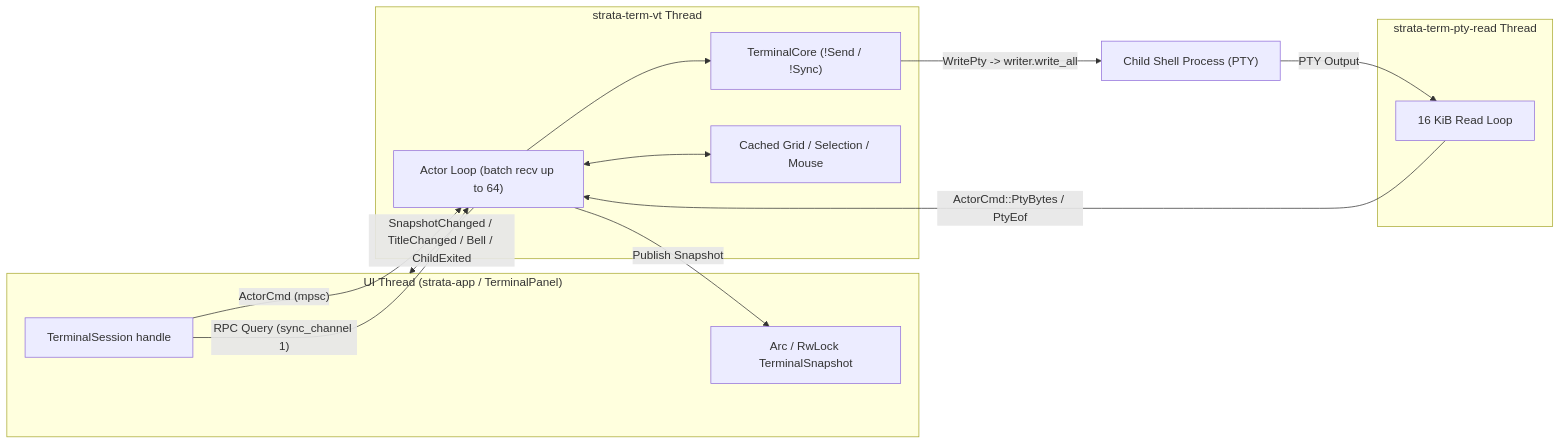
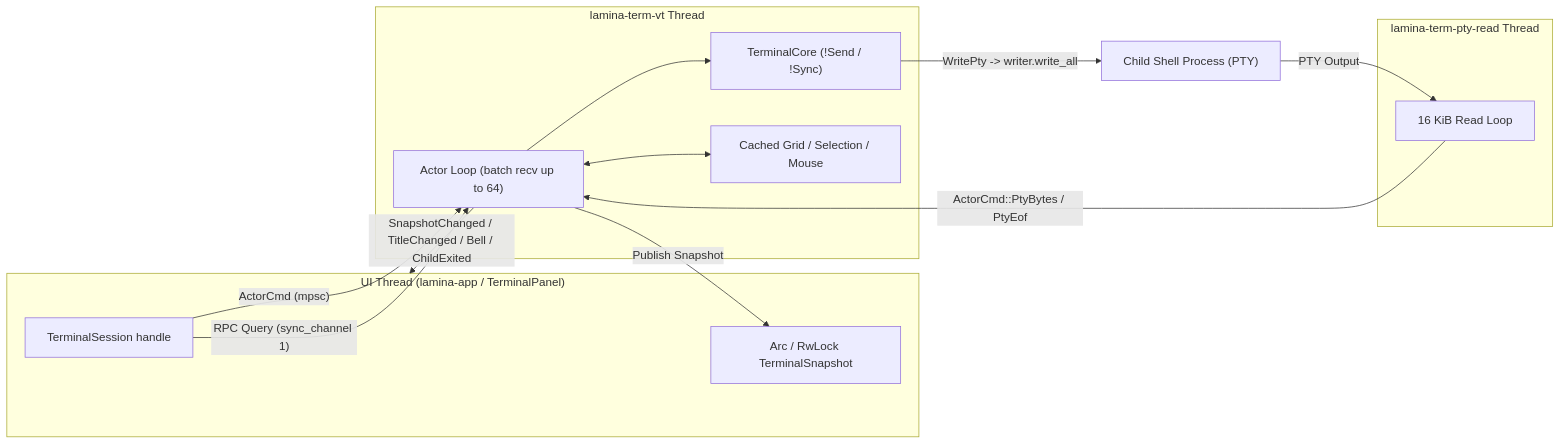
The first of 2 diagrams in docs/design/terminal.md (satotek/lamina), drawn with Mermaid before and after one commit. The commit also changed other lines of this file and 521 other files, not shown here.

First line of the commit message:
refactor!: rename the app from Strata to Lamina

````diff
--- a/docs/design/terminal.md
+++ b/docs/design/terminal.md
@@ -63,29 +63,29 @@
 ```mermaid
 flowchart LR
-    subgraph UI["UI Thread (strata-app / TerminalPanel)"]
+    subgraph UI["UI Thread (lamina-app / TerminalPanel)"]
         TS["TerminalSession handle"]
         SnapRead["Arc / RwLock TerminalSnapshot"]
     end
 
-    subgraph VT["strata-term-vt Thread"]
+    subgraph VT["lamina-term-vt Thread"]
         Actor["Actor Loop (batch recv up to 64)"]
         Core["TerminalCore (!Send / !Sync)"]
         State["Cached Grid / Selection / Mouse"]
     end
 
-    subgraph PTY["strata-term-pty-read Thread"]
+    subgraph PTY["lamina-term-pty-read Thread"]
         Reader["16 KiB Read Loop"]
     end
 
     OS["Child Shell Process (PTY)"]
 
     TS -- "ActorCmd (mpsc)" --> Actor
     TS -- "RPC Query (sync_channel 1)" --> Actor
     Actor -- "SnapshotChanged / TitleChanged / Bell / ChildExited" --> UI
     Actor -- "Publish Snapshot" --> SnapRead
     Actor --> Core
     Actor <--> State
     Core -- "WritePty -> writer.write_all" --> OS
     OS -- "PTY Output" --> Reader
     Reader -- "ActorCmd::PtyBytes / PtyEof" --> Actor
 ```
````
